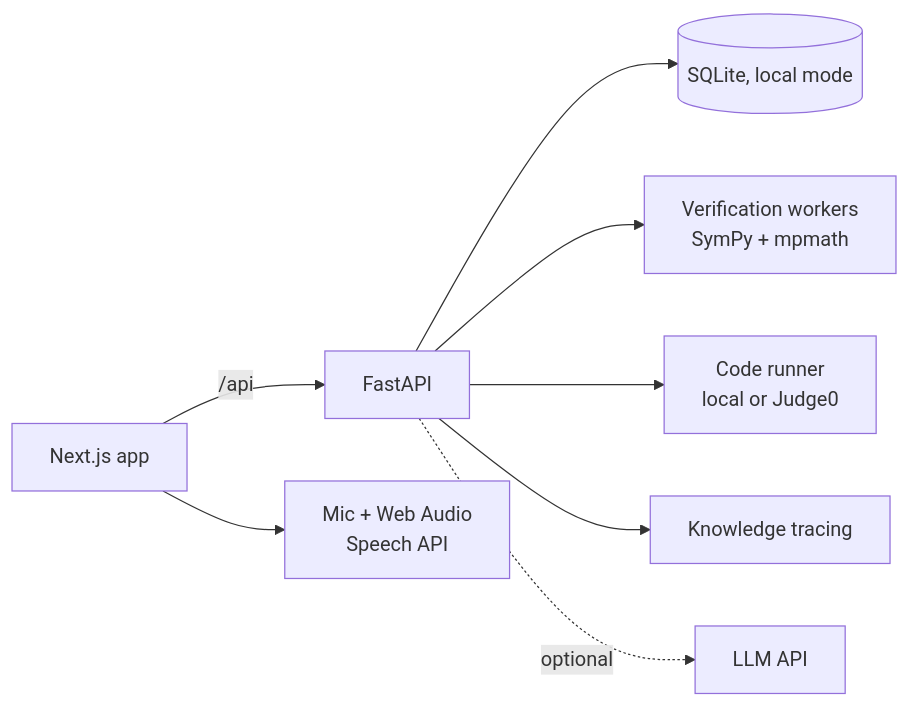
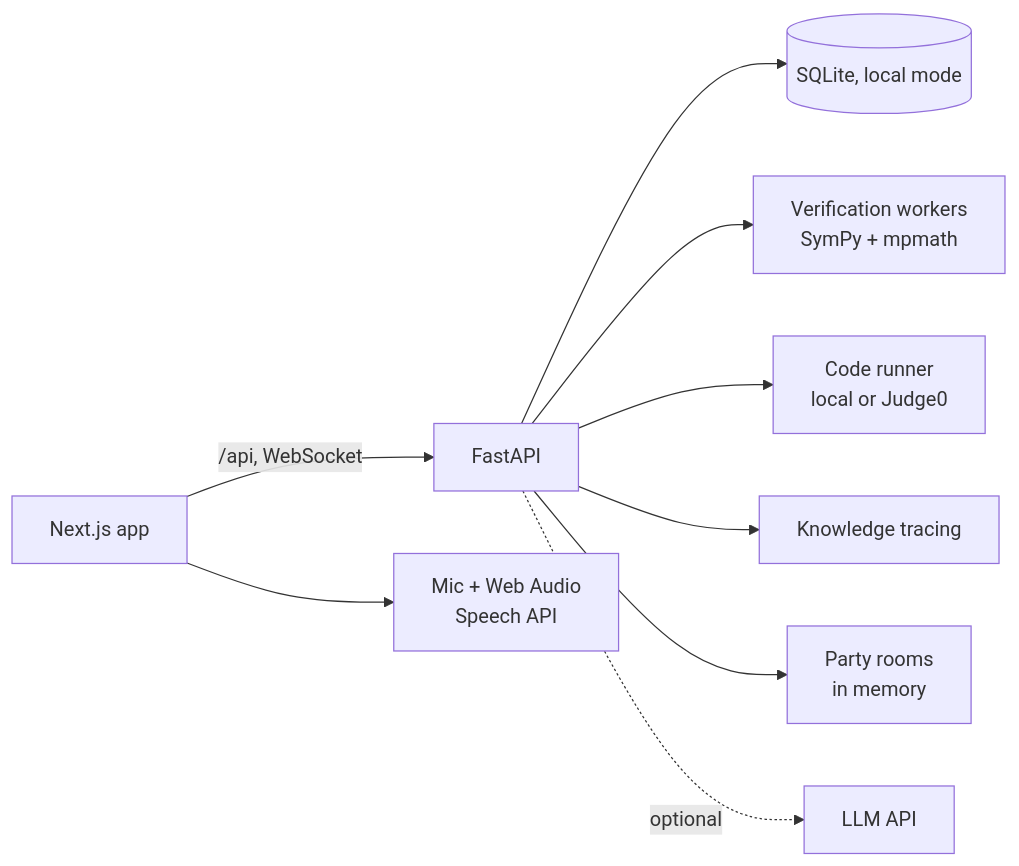
Before and after one commit to Samir-Saha/Capstone-Project: the diagram in README.md, drawn with Mermaid. The commit also changed other lines of this file and 18 other files, not shown here.

First line of the commit message:
Party raids: multiplayer boss fights over WebSockets

````diff
--- a/README.md
+++ b/README.md
@@ -37,10 +57,11 @@
 ```mermaid
 flowchart LR
-  browser[Next.js app] -->|/api| api[FastAPI]
+  browser[Next.js app] -->|/api, WebSocket| api[FastAPI]
   api --> store[(SQLite, local mode)]
   api --> pool[Verification workers<br/>SymPy + mpmath]
   api --> runner[Code runner<br/>local or Judge0]
   api --> bkt[Knowledge tracing]
+  api --> rooms[Party rooms<br/>in memory]
   api -.optional.-> llm[LLM API]
   browser --> mic[Mic + Web Audio<br/>Speech API]
 ```
````
